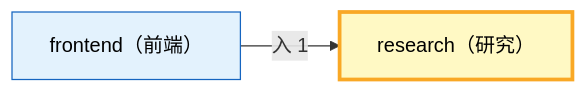
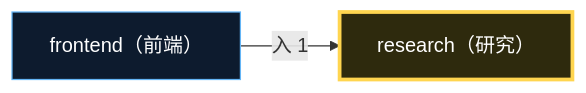
One commit to xuanFelixVan/ZephyrAlpha changed the second of 2 diagrams in docs/02_enterprise_architecture/06_decision_architecture/09_decision_l2a_research.md. Above: the diagram before and after it, drawn with Mermaid. The commit also changed other lines of this file and 17 other files, not shown here.

First line of the commit message:
style(decision-diagram): classDef 改为深色主题友好配色

````diff
--- a/docs/02_enterprise_architecture/06_decision_architecture/09_decision_l2a_research.md
+++ b/docs/02_enterprise_architecture/06_decision_architecture/09_decision_l2a_research.md
@@ -98,9 +98,9 @@
 ```mermaid
 flowchart LR
     SELF["research（研究）"]:::selfDomain
     EXT_frontend["frontend（前端）"]:::extDomain
     EXT_frontend -->|入 1| SELF
 
-    classDef selfDomain fill:#fff9c4,stroke:#f9a825,stroke-width:3px,color:#000
-    classDef extDomain fill:#e3f2fd,stroke:#1565c0,stroke-width:1px,color:#000
+    classDef selfDomain fill:#2e2a0d,stroke:#ffd54f,stroke-width:3px,color:#fff
+    classDef extDomain fill:#0d1b2e,stroke:#64b5f6,stroke-width:1px,color:#fff
 ```
````
